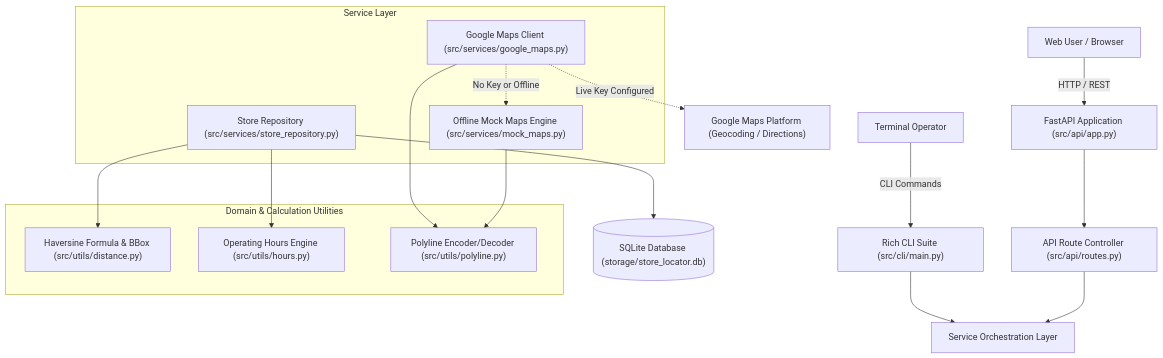
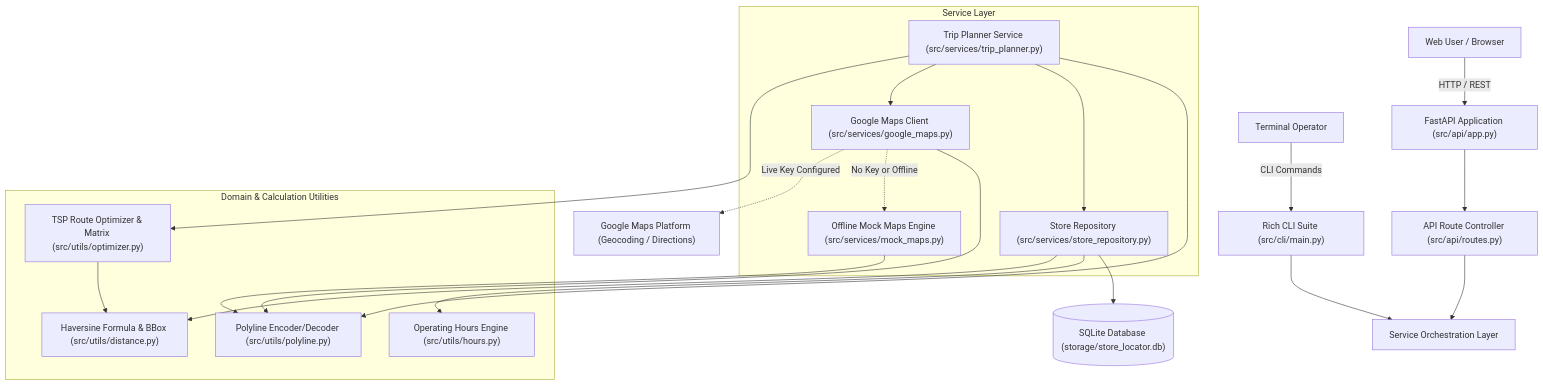
One commit to breakingthebot/google-maps-store-locator-build140 changed the diagram in README.md. Above: the diagram before and after it, drawn with Mermaid. The commit also changed other lines of this file and 16 other files, not shown here.

Commit message:
feat: implement multi-stop trip planner with TSP route optimization and mileage savings

````diff
--- a/README.md
+++ b/README.md
@@ -15,31 +15,39 @@
 ```mermaid
 graph TD
     User["Web User / Browser"] -->|HTTP / REST| App["FastAPI Application (src/api/app.py)"]
     CLIUser["Terminal Operator"] -->|CLI Commands| CLI["Rich CLI Suite (src/cli/main.py)"]
 
     App --> Routes["API Route Controller (src/api/routes.py)"]
     CLI --> ServiceLayer["Service Orchestration Layer"]
     Routes --> ServiceLayer
 
     subgraph Service Layer
         MapsClient["Google Maps Client (src/services/google_maps.py)"]
         MockMaps["Offline Mock Maps Engine (src/services/mock_maps.py)"]
         Repo["Store Repository (src/services/store_repository.py)"]
+        TripPlanner["Trip Planner Service (src/services/trip_planner.py)"]
     end
 
     subgraph Domain & Calculation Utilities
         Haversine["Haversine Formula & BBox (src/utils/distance.py)"]
         HoursCalc["Operating Hours Engine (src/utils/hours.py)"]
         Polyline["Polyline Encoder/Decoder (src/utils/polyline.py)"]
+        Optimizer["TSP Route Optimizer & Matrix (src/utils/optimizer.py)"]
     end
+
+    TripPlanner --> Optimizer
+    TripPlanner --> MapsClient
+    TripPlanner --> Repo
 
     MapsClient -.->|Live Key Configured| LiveAPI["Google Maps Platform (Geocoding / Directions)"]
     MapsClient -.->|No Key or Offline| MockMaps
 
     Repo --> Haversine
     Repo --> HoursCalc
+    Optimizer --> Haversine
+    TripPlanner --> Polyline
     MapsClient --> Polyline
     MockMaps --> Polyline
 
     Repo --> SQLite[("SQLite Database (storage/store_locator.db)")]
 ```
````
